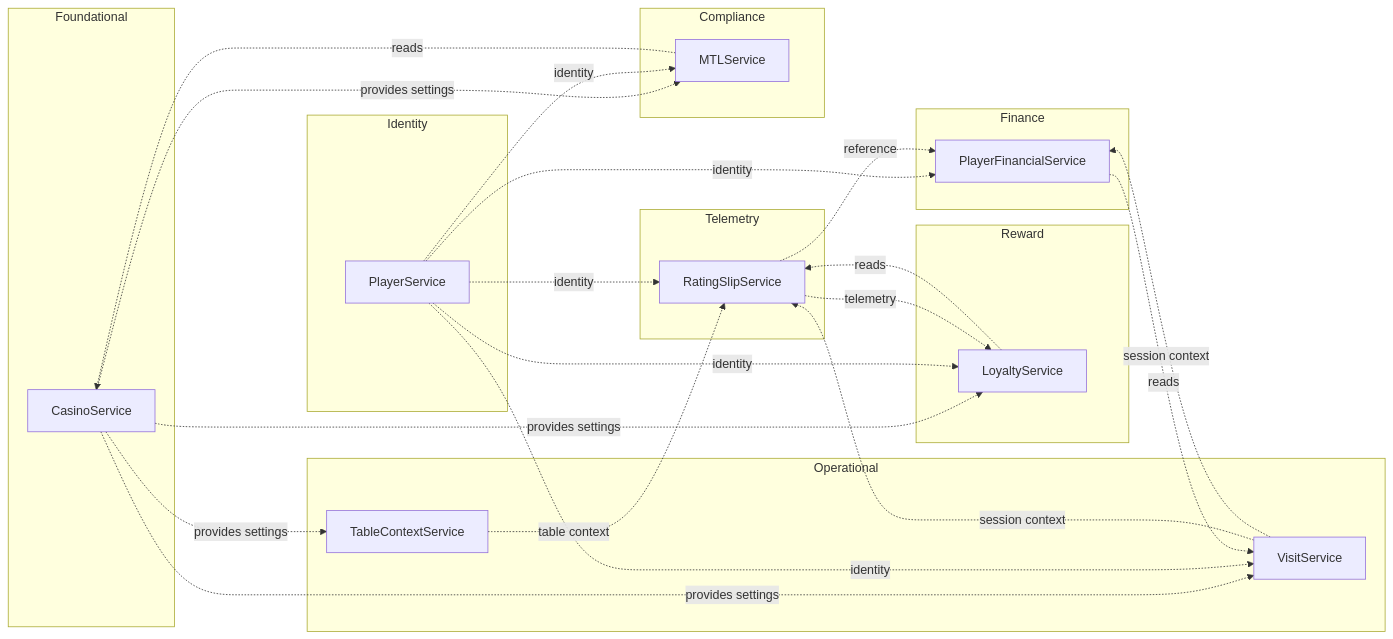
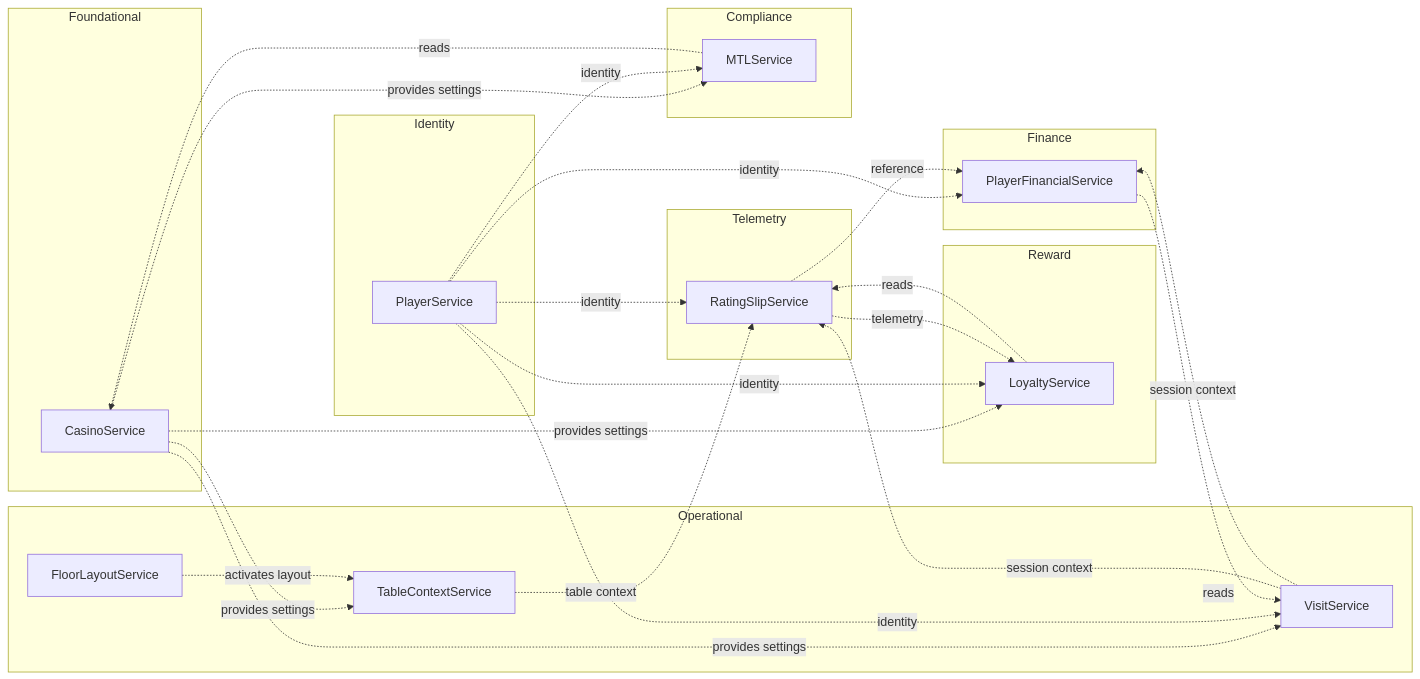
Before and after one commit to diepulp/pt-2: the second of 8 diagrams in docs/20-architecture/SERVICE_LAYER_ARCHITECTURE_DIAGRAM.md, drawn with Mermaid. The commit also changed other lines of this file and 2 other files, not shown here.

Commit message:
docs(memory): reflect floor-layout context

````diff
--- a/docs/20-architecture/SERVICE_LAYER_ARCHITECTURE_DIAGRAM.md
+++ b/docs/20-architecture/SERVICE_LAYER_ARCHITECTURE_DIAGRAM.md
@@ -116,54 +119,56 @@
 ```mermaid
 graph LR
     subgraph "Foundational"
         CASINO[CasinoService]
     end
 
     subgraph "Identity"
         PLAYER[PlayerService]
     end
 
     subgraph "Operational"
+        FLOOR[FloorLayoutService]
         TABLE[TableContextService]
         VISIT[VisitService]
     end
 
     subgraph "Telemetry"
         RATING[RatingSlipService]
     end
 
     subgraph "Reward"
         LOYALTY[LoyaltyService]
     end
 
     subgraph "Finance"
         FINANCE[PlayerFinancialService]
     end
 
     subgraph "Compliance"
         MTL[MTLService]
     end
 
     CASINO -.provides settings.-> TABLE
     CASINO -.provides settings.-> VISIT
     CASINO -.provides settings.-> MTL
     CASINO -.provides settings.-> LOYALTY
 
     PLAYER -.identity.-> VISIT
     PLAYER -.identity.-> RATING
     PLAYER -.identity.-> LOYALTY
     PLAYER -.identity.-> FINANCE
     PLAYER -.identity.-> MTL
 
     VISIT -.session context.-> RATING
     VISIT -.session context.-> FINANCE
 
+    FLOOR -.activates layout.-> TABLE
     TABLE -.table context.-> RATING
 
     RATING -.telemetry.-> LOYALTY
     RATING -.reference.-> FINANCE
 
     LOYALTY -.reads.-> RATING
     FINANCE -.reads.-> VISIT
     MTL -.reads.-> CASINO
 ```
````
